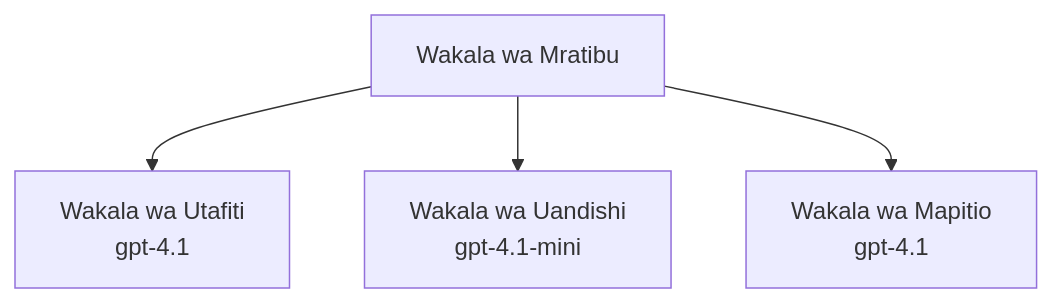
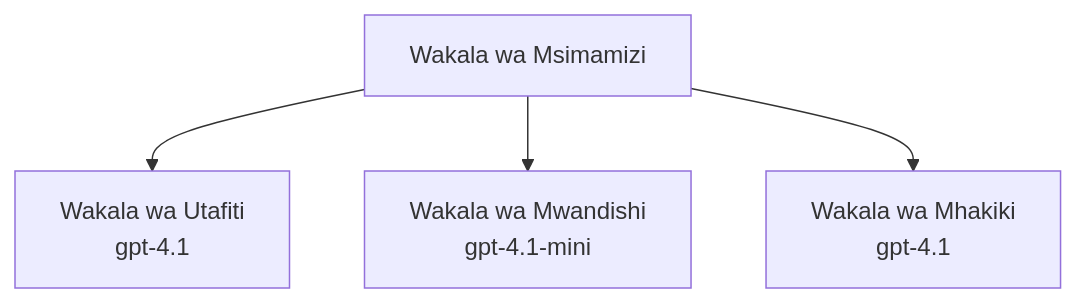
The third of 3 diagrams in translations/sw/docs/chapter-02-ai-development/agents.md (microsoft/AZD-for-beginners), drawn with Mermaid before and after one commit. The commit also changed other lines of this file and 104 other files, not shown here.

````diff
--- a/translations/sw/docs/chapter-02-ai-development/agents.md
+++ b/translations/sw/docs/chapter-02-ai-development/agents.md
@@ -194,6 +201,6 @@
 ```mermaid
 graph TD
-    Orchestrator[Wakala wa Mratibu] --> Research[Wakala wa Utafiti<br/>gpt-4.1]
-    Orchestrator --> Writer[Wakala wa Uandishi<br/>gpt-4.1-mini]
-    Orchestrator --> Reviewer[Wakala wa Mapitio<br/>gpt-4.1]
+    Orchestrator[Wakala wa Msimamizi] --> Research[Wakala wa Utafiti<br/>gpt-4.1]
+    Orchestrator --> Writer[Wakala wa Mwandishi<br/>gpt-4.1-mini]
+    Orchestrator --> Reviewer[Wakala wa Mhakiki<br/>gpt-4.1]
 ```
````
